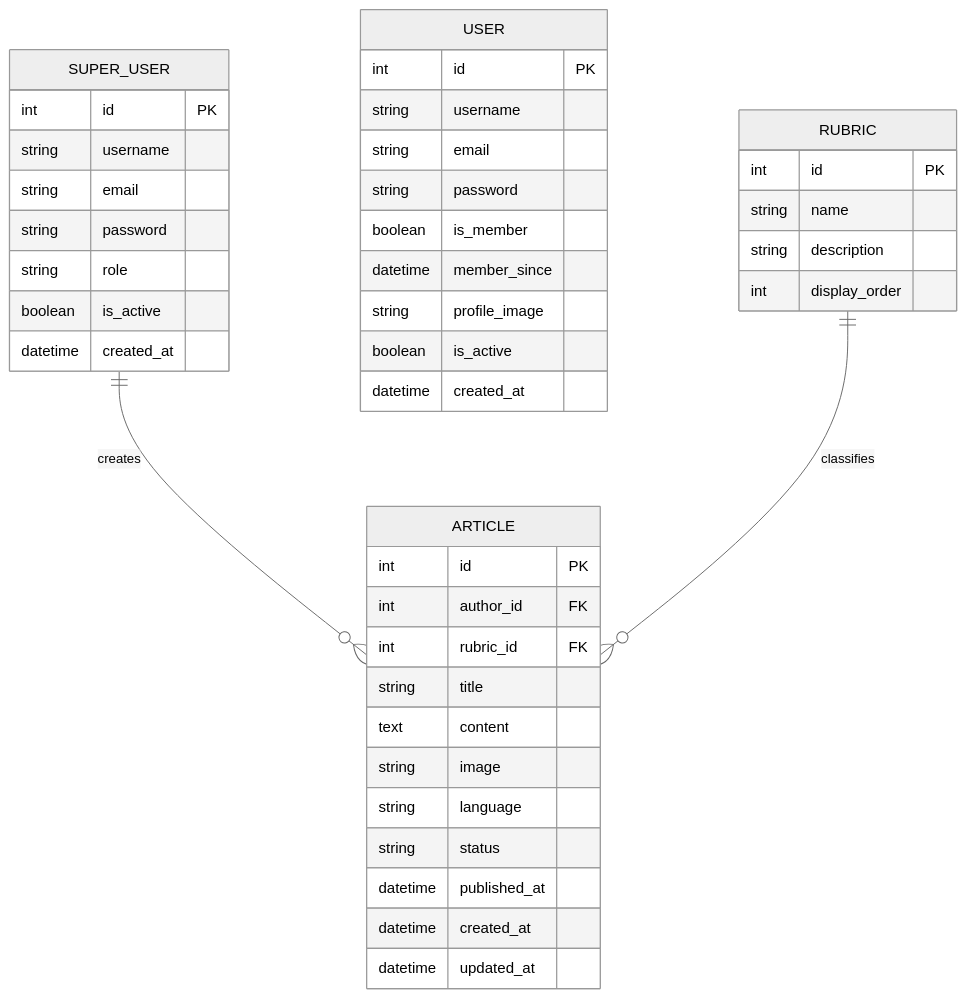
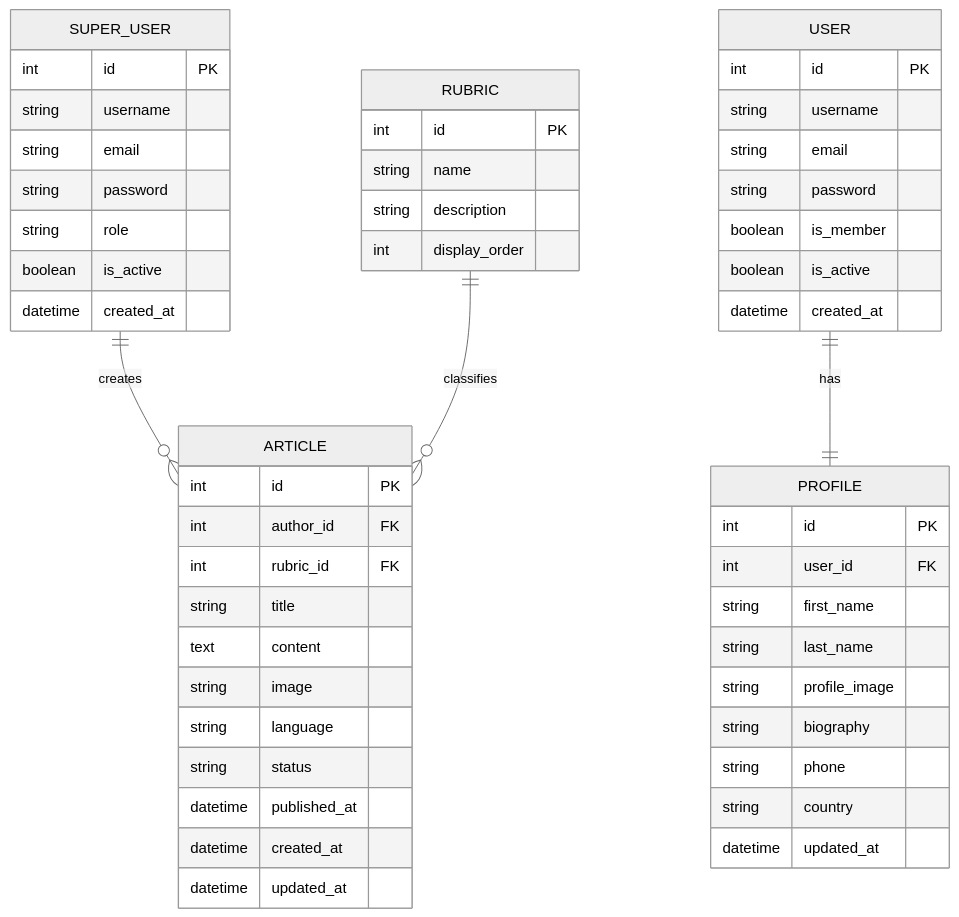
Before and after one commit to Gigi-Corlay/portfolioLionessMagazine: the second of 3 diagrams in lioness_project/README.md, drawn with Mermaid (neutral theme). The commit also changed other lines of this file, not shown here.

First line of the commit message:
Refactor ERD by simplifying USER and PROFILE definitions

````diff
--- a/lioness_project/README.md
+++ b/lioness_project/README.md
@@ -118,49 +80,60 @@
 ```mermaid
 erDiagram
 
     SUPER_USER {
         int id PK
         string username
         string email
         string password
         string role
         boolean is_active
         datetime created_at
     }
 
     USER {
         int id PK
         string username
         string email
         string password
         boolean is_member
-        datetime member_since
-        string profile_image
         boolean is_active
         datetime created_at
+    }
+
+    PROFILE {
+        int id PK
+        int user_id FK
+        string first_name
+        string last_name
+        string profile_image
+        string biography
+        string phone
+        string country
+        datetime updated_at
     }
 
     RUBRIC {
         int id PK
         string name
         string description
         int display_order
     }
 
     ARTICLE {
         int id PK
         int author_id FK
         int rubric_id FK
         string title
         text content
         string image
         string language
         string status
         datetime published_at
         datetime created_at
         datetime updated_at
     }
 
+    USER ||--|| PROFILE : has
     SUPER_USER ||--o{ ARTICLE : creates
     RUBRIC ||--o{ ARTICLE : classifies
 ```
````
